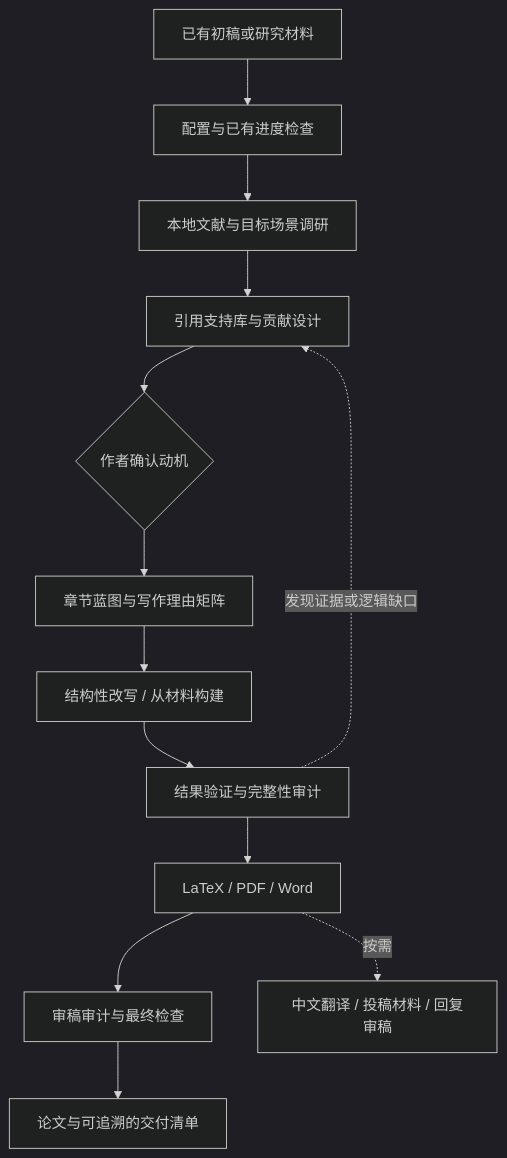
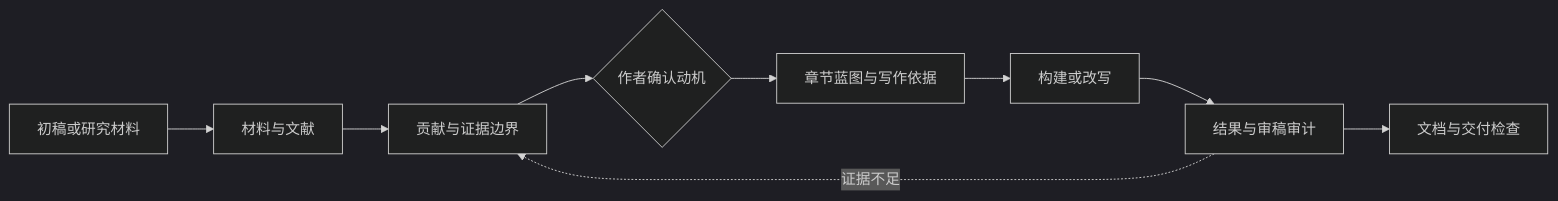
Before and after one commit to asimfish/super_writer: the diagram in README.md, drawn with Mermaid (dark theme). The commit also changed other lines of this file and 71 other files, not shown here.

````diff
--- a/README.md
+++ b/README.md
@@ -38,15 +104,11 @@
 ```mermaid
-flowchart TD
-    A[已有初稿或研究材料] --> B[配置与已有进度检查]
-    B --> C[本地文献与目标场景调研]
-    C --> D[引用支持库与贡献设计]
-    D --> E{作者确认动机}
-    E --> F[章节蓝图与写作理由矩阵]
-    F --> G[结构性改写 / 从材料构建]
-    G --> H[结果验证与完整性审计]
-    H --> I[LaTeX / PDF / Word]
-    I --> J[审稿审计与最终检查]
-    J --> K[论文与可追溯的交付清单]
-    H -. 发现证据或逻辑缺口 .-> D
-    I -. 按需 .-> L[中文翻译 / 投稿材料 / 回复审稿]
+flowchart LR
+    A[初稿或研究材料] --> B[材料与文献]
+    B --> C[贡献与证据边界]
+    C --> D{作者确认动机}
+    D --> E[章节蓝图与写作依据]
+    E --> F[构建或改写]
+    F --> G[结果与审稿审计]
+    G --> H[文档与交付检查]
+    G -.证据不足.-> C
 ```
````
